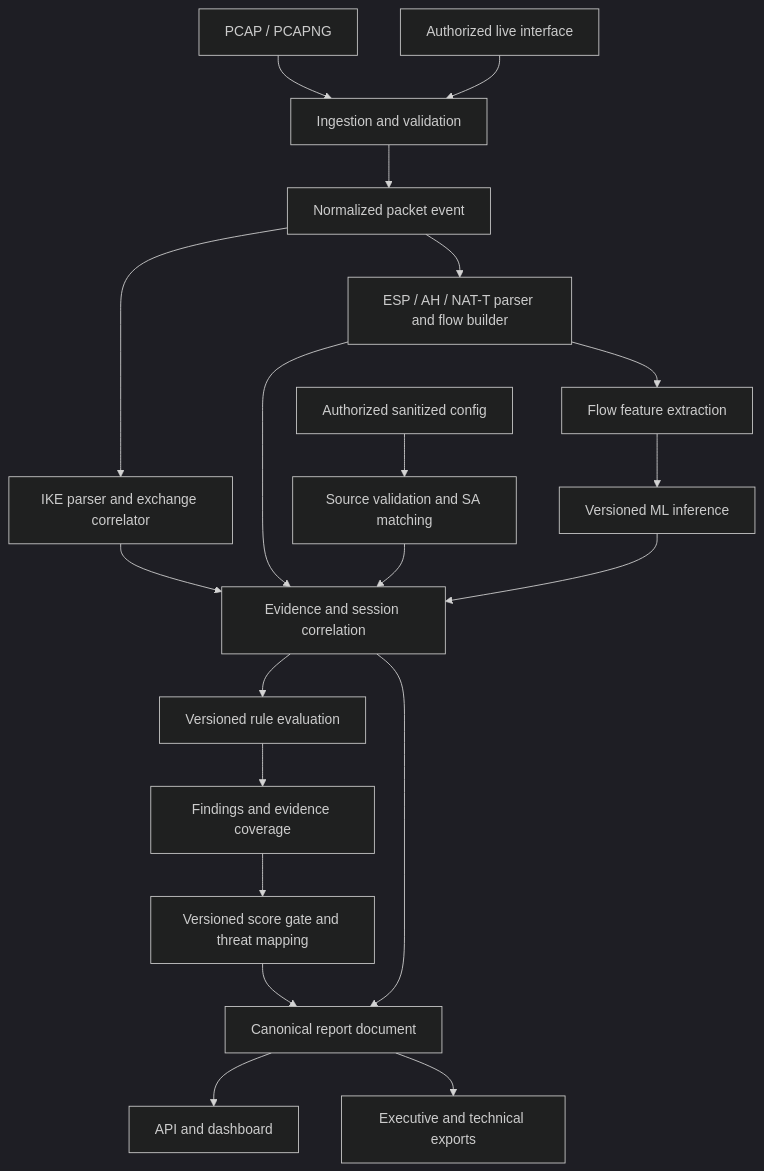
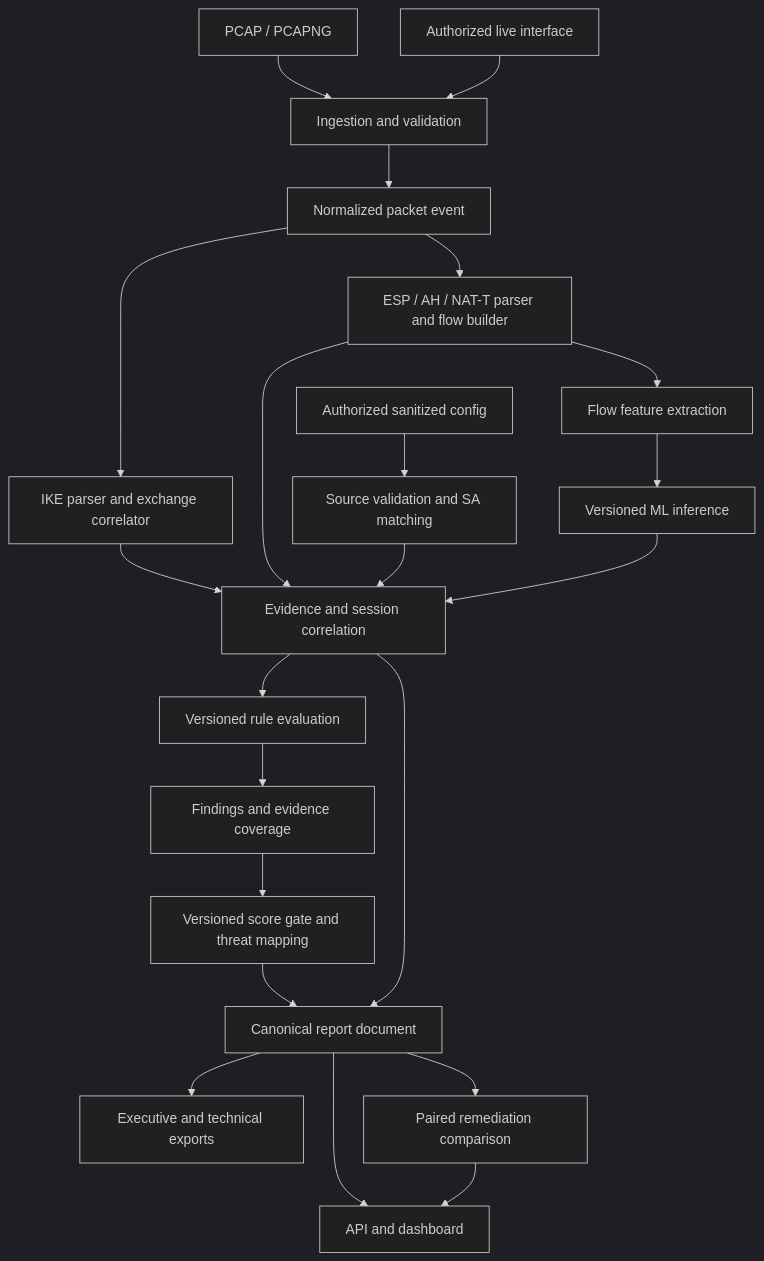
The second of 2 diagrams in ARCHITECTURE.md (tishanbrijesh-rgb/IPsec-Analyzer), drawn with Mermaid (dark theme) before and after one commit. The commit also changed other lines of this file and 3 other files, not shown here.

````diff
--- a/ARCHITECTURE.md
+++ b/ARCHITECTURE.md
@@ -112,22 +116,24 @@
 ```mermaid
 flowchart TD
   O[PCAP / PCAPNG] --> I[Ingestion and validation]
   L[Authorized live interface] --> I
   I --> N[Normalized packet event]
   N --> K[IKE parser and exchange correlator]
   N --> E[ESP / AH / NAT-T parser and flow builder]
   X[Authorized sanitized config] --> B[Source validation and SA matching]
   E --> F[Flow feature extraction]
   F --> M[Versioned ML inference]
   K --> V[Evidence and session correlation]
   E --> V
   B --> V
   M --> V
   V --> Q[Versioned rule evaluation]
   Q --> A[Findings and evidence coverage]
   A --> S[Versioned score gate and threat mapping]
   S --> D[Canonical report document]
   V --> D
   D --> P[API and dashboard]
   D --> R[Executive and technical exports]
+  D --> C[Paired remediation comparison]
+  C --> P
 ```
````
